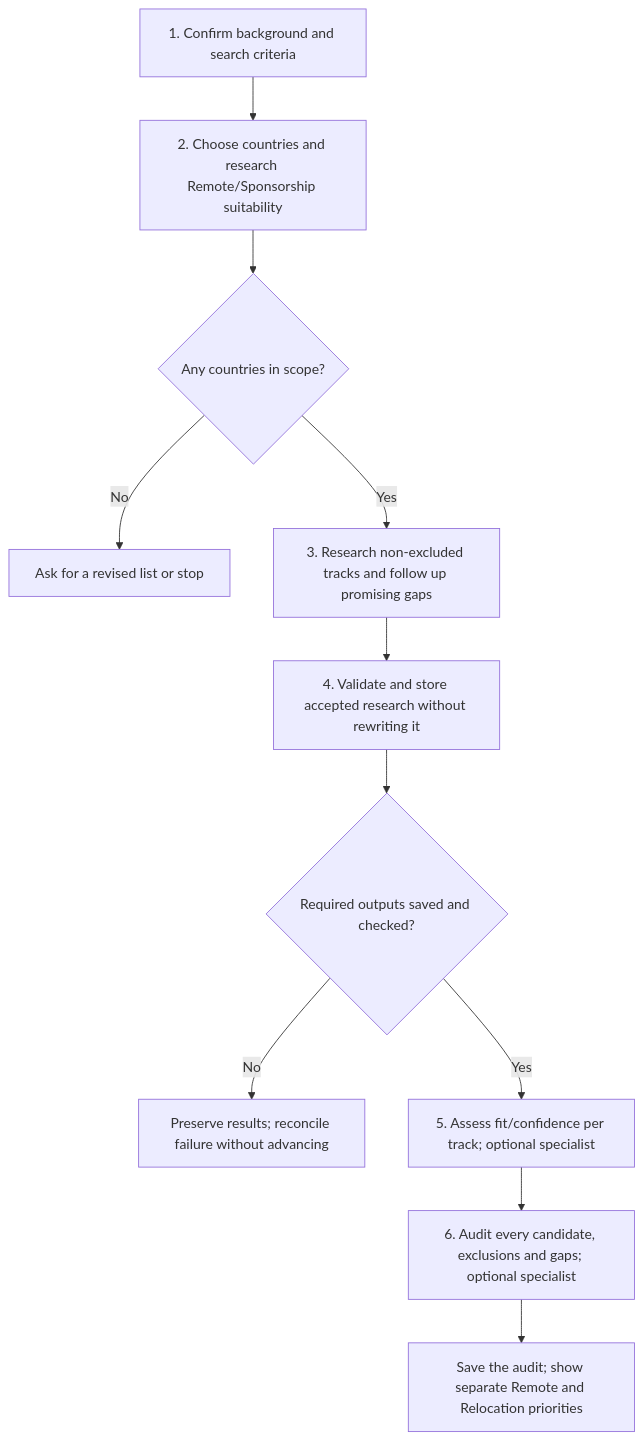
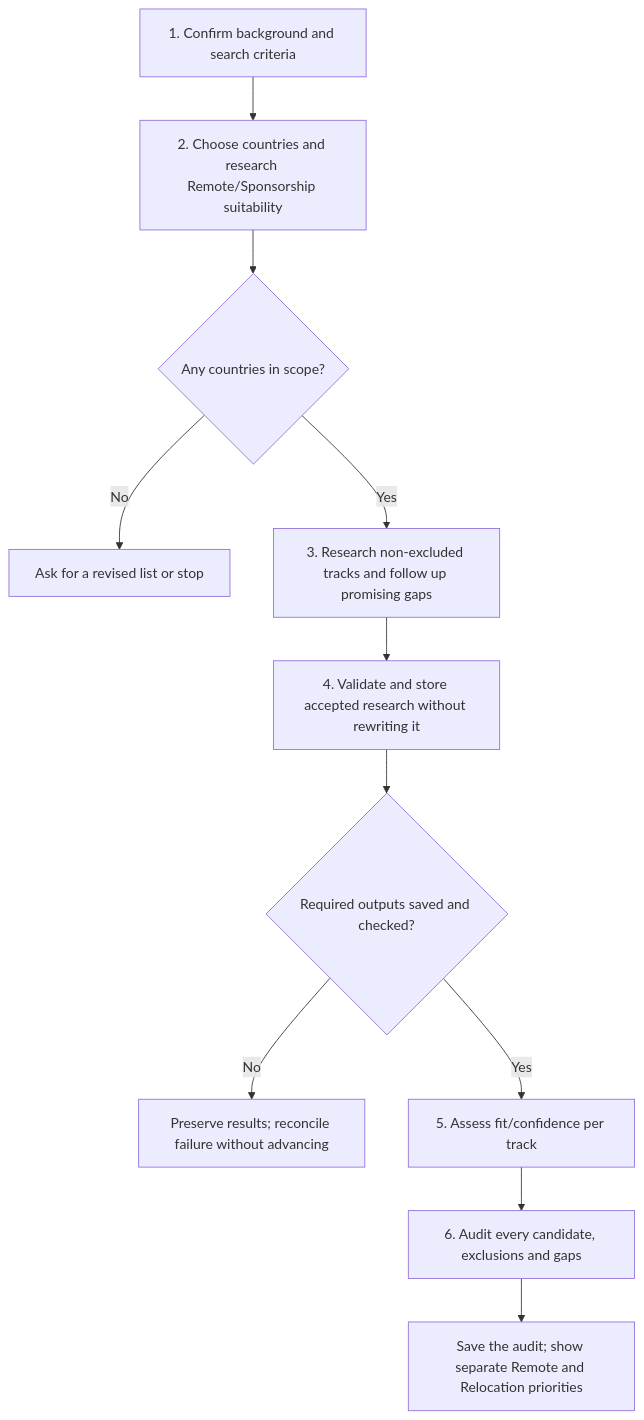
One commit to myowinthein/agent-compass changed the second of 2 diagrams in docs/commands/country-finder/detailed.md. Above: the diagram before and after it, drawn with Mermaid. The commit also changed other lines of this file and 38 other files, not shown here.

````diff
--- a/docs/commands/country-finder/detailed.md
+++ b/docs/commands/country-finder/detailed.md
@@ -50,13 +50,13 @@
 ```mermaid
 flowchart TD
   Criteria["1. Confirm background and search criteria"] --> Scope["2. Choose countries and research Remote/Sponsorship suitability"]
   Scope --> Empty{"Any countries in scope?"}
   Empty -->|No| Ask["Ask for a revised list or stop"]
   Empty -->|Yes| Research["3. Research non-excluded tracks and follow up promising gaps"]
   Research --> Data["4. Validate and store accepted research without rewriting it"]
   Data --> Saved{"Required outputs saved and checked?"}
   Saved -->|No| Hold["Preserve results; reconcile failure without advancing"]
-  Saved -->|Yes| Assess["5. Assess fit/confidence per track; optional specialist"]
-  Assess --> Audit["6. Audit every candidate, exclusions and gaps; optional specialist"]
+  Saved -->|Yes| Assess["5. Assess fit/confidence per track"]
+  Assess --> Audit["6. Audit every candidate, exclusions and gaps"]
   Audit --> Final["Save the audit; show separate Remote and Relocation priorities"]
 ```
````
